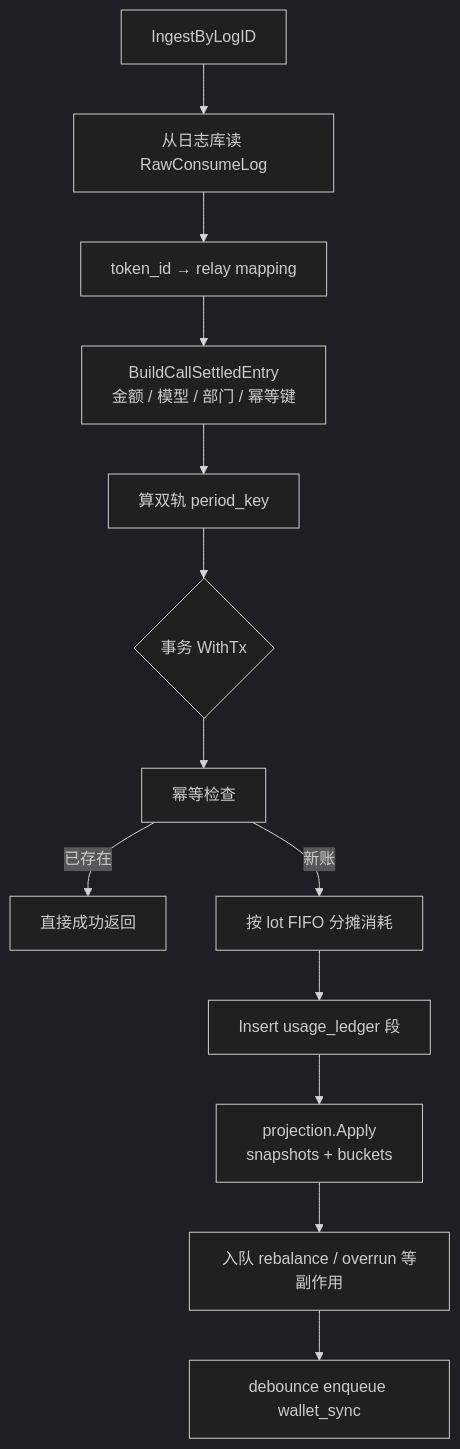
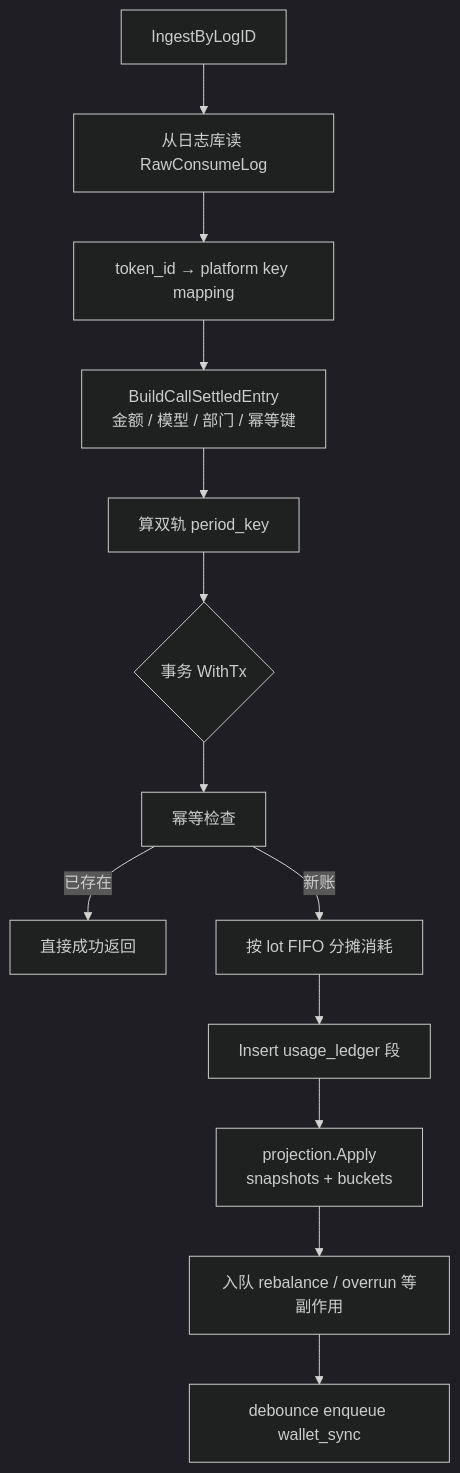
Before and after one commit to quyip8818/mytokenjoy: the sixth of 8 diagrams in docs/Backend-Ingest架构.md, drawn with Mermaid (dark theme). The commit also changed other lines of this file and 169 other files, not shown here.

````diff
--- a/docs/Backend-Ingest架构.md
+++ b/docs/Backend-Ingest架构.md
@@ -242,15 +242,15 @@
 ```mermaid
 flowchart TB
   A[IngestByLogID] --> B[从日志库读 RawConsumeLog]
-  B --> C[token_id → relay mapping]
+  B --> C[token_id → platform key mapping]
   C --> D[BuildCallSettledEntry<br/>金额 / 模型 / 部门 / 幂等键]
   D --> E[算双轨 period_key]
   E --> F{事务 WithTx}
   F --> G[幂等检查]
   G -->|已存在| Z[直接成功返回]
   G -->|新账| H[按 lot FIFO 分摊消耗]
   H --> I[Insert usage_ledger 段]
   I --> J[projection.Apply<br/>snapshots + buckets]
   J --> K[入队 rebalance / overrun 等副作用]
   K --> L[debounce enqueue wallet_sync]
 ```
````
